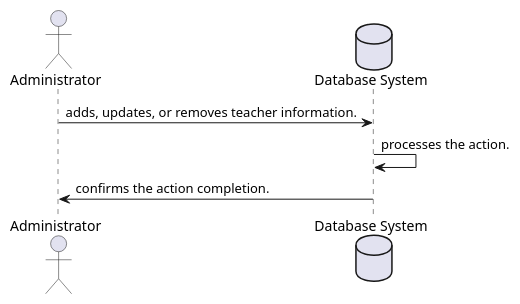
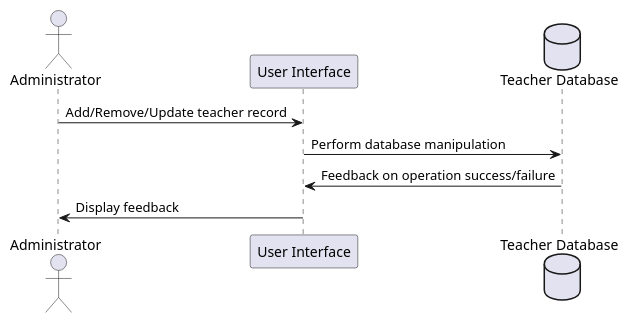
One commit to rkerkides/Teacher-Management-App changed the diagram in Diagrams/Sequence Diagrams/UserStory3.puml. Above: the diagram before and after it, drawn with PlantUML. The commit also changed 8 other files, not shown here.

Commit message:
update diagrams

```diff
--- a/Diagrams/Sequence Diagrams/UserStory3.puml
+++ b/Diagrams/Sequence Diagrams/UserStory3.puml
@@ -1,7 +1,10 @@
 @startuml
-actor Administrator
-database "Database System" as DatabaseSystem
-Administrator -> DatabaseSystem: adds, updates, or removes teacher information.
-DatabaseSystem -> DatabaseSystem: processes the action.
-DatabaseSystem -> Administrator: confirms the action completion.
+actor "Administrator" as Admin
+participant "User Interface" as UI
+database "Teacher Database" as DB
+
+Admin -> UI : Add/Remove/Update teacher record
+UI -> DB : Perform database manipulation
+DB -> UI : Feedback on operation success/failure
+UI -> Admin : Display feedback
 @enduml
```
